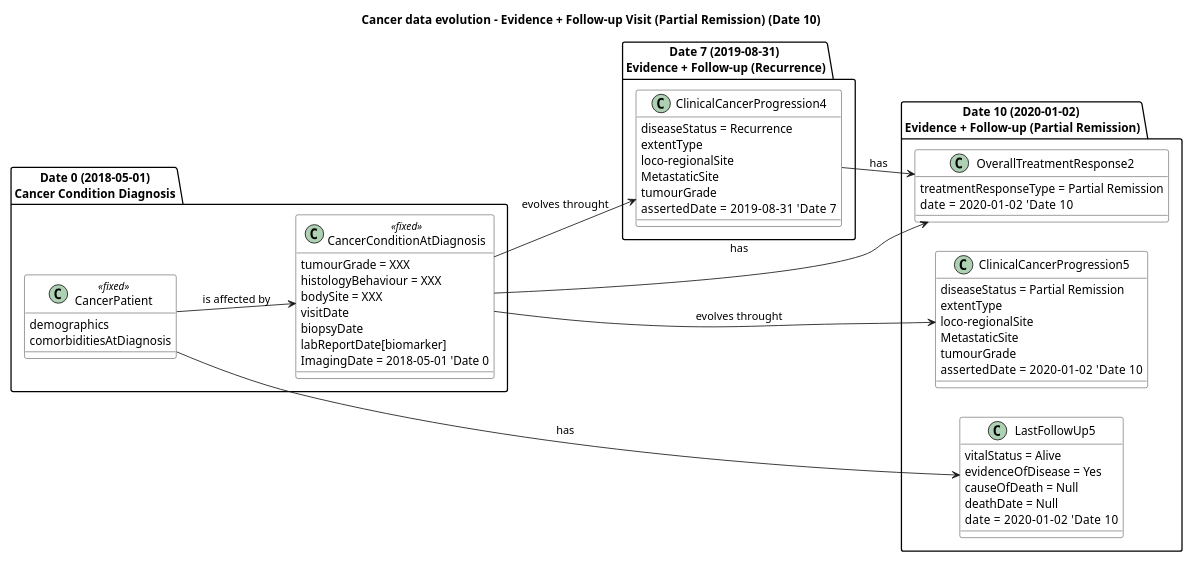
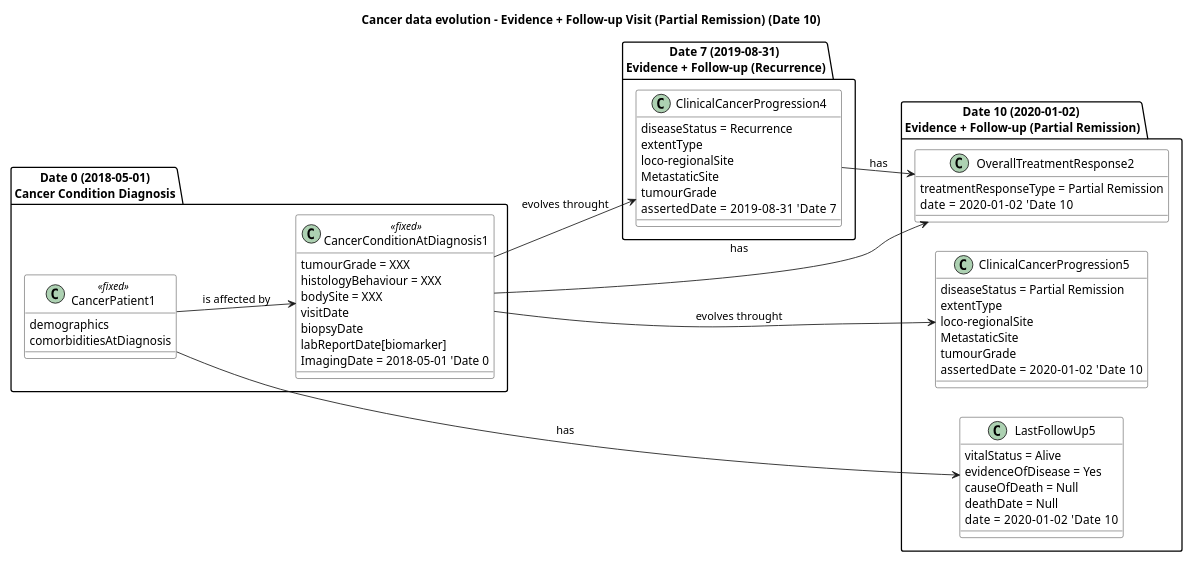
One commit to hl7-eu/cancer-common changed the diagram in input/images-source/CancerDataEvolution5.plantuml. Above: the diagram before and after it, drawn with PlantUML. The commit also changed 7 other files, not shown here.

```diff
--- a/input/images-source/CancerDataEvolution5.plantuml
+++ b/input/images-source/CancerDataEvolution5.plantuml
@@ -1,149 +1,149 @@
 @startuml
 title Cancer data evolution – Evidence + Follow-up Visit (Partial Remission) (Date 10)
 
 left to right direction
 skinparam class {
   BackgroundColor White
 }
 
 scale 0.8
 
 package "Date 0 (2018-05-01)\nCancer Condition Diagnosis" {
-  class CancerPatient <<fixed>> {
+  class CancerPatient1 <<fixed>> {
     demographics
     comorbiditiesAtDiagnosis
   }
   
-  class CancerConditionAtDiagnosis <<fixed>> {
+  class CancerConditionAtDiagnosis1 <<fixed>> {
    tumourGrade = XXX
     histologyBehaviour = XXX
     bodySite = XXX
     visitDate 
     biopsyDate 
     labReportDate[biomarker] 
     ImagingDate = 2018-05-01 'Date 0
   }
  
 }
 
 ' Links inside Date 0
-CancerPatient --> CancerConditionAtDiagnosis : is affected by
+CancerPatient1 --> CancerConditionAtDiagnosis1 : is affected by
 
 package "Date 7 (2019-08-31) \nEvidence + Follow-up (Recurrence)" {
      class ClinicalCancerProgression4 {
       diseaseStatus = Recurrence
       extentType 
       loco-regionalSite 
       MetastaticSite 
       tumourGrade
       assertedDate = 2019-08-31   'Date 7
     }
 
  }
 
   package "Date 10 (2020-01-02) \nEvidence + Follow-up (Partial Remission)" {
     
     class OverallTreatmentResponse2 {
       treatmentResponseType = Partial Remission
       date = 2020-01-02   'Date 10
     }
 
     class LastFollowUp5 {
      vitalStatus = Alive
      evidenceOfDisease = Yes
      causeOfDeath = Null
      deathDate = Null
      date = 2020-01-02   'Date 10
   }
 
     class ClinicalCancerProgression5 {
       diseaseStatus = Partial Remission
       extentType 
       loco-regionalSite 
       MetastaticSite 
       tumourGrade
       assertedDate = 2020-01-02   'Date 10
     }
 
  }
 
-CancerConditionAtDiagnosis --> ClinicalCancerProgression4 : evolves throught
-CancerConditionAtDiagnosis --> OverallTreatmentResponse2 : has
+CancerConditionAtDiagnosis1 --> ClinicalCancerProgression4 : evolves throught
+CancerConditionAtDiagnosis1 --> OverallTreatmentResponse2 : has
 ClinicalCancerProgression4 --> OverallTreatmentResponse2 : has
-CancerPatient --> LastFollowUp5 : has
-CancerConditionAtDiagnosis --> ClinicalCancerProgression5 : evolves throught
+CancerPatient1 --> LastFollowUp5 : has
+CancerConditionAtDiagnosis1 --> ClinicalCancerProgression5 : evolves throught
 
 
 /' ' =====================================================
 'Date 10 – 2020-01-02 (evidence + follow-up visit)
 ' =====================================================
 package "Date 10 (2020-01-02)\nEvidence + Follow-up Visit" {
 
   class TR2 as "Treatment Response 2" {
     treatment_response_type = Partial Remission
     based_on = latest evidence
     date = 2020-01-02
   }
 
   class CancerCondition_D10 as "Cancer Condition" {
     histology_behaviour (fixed)
     body_site (fixed)
     tumour_grade
     asserted_date = procedure date (fixed)
     base_of_diagnosis (fixed)
     imaging_type (fixed)
     biomarker_type (fixed)
     disease_status = Partial Remission
     last_check = Date 10
   }
 
   class DiseaseEvolution1 as "Disease Evolution (over time & space) 1" {
     extent_type = Recurrence
     disease_extent (sites)
     histology_behaviour
     tumour_grade
     base_of_diagnosis
     imaging_type
     biomarker_type
     genomics
     asserted_date = Date 7 (fixed)
   }
 
   class Patient_D10 as "Patient" <<fixed>> {
     demographics
     comorbidities
     life_status = Alive With Disease (AWD)
     last_check = Date 10
   }
 }
 
 
 package drugTreatment as "Drug Treatment" {
 
 ' ===========================================
 'Date 8 – 2019-09-10 (Drug treatment start)
 ' ===========================================
 package date8 as "Date 8 (2019-09-10)\nDrug Treatment Start" {
   class DrugAdministration_Start as "Drug Administration" {
     intent = definitive
     start_date = 2019-09-10
   }
 }
 
 ' ===========================================
 'Date 9 – 2019-12-16 (Drug treatment end)
 ' ===========================================
 package date9 as "Date 9 (2019-12-16)\nDrug Treatment End" {
   class DrugAdministration_End as "Drug Administration (end)" {
     intent = definitive
     end_date = 2019-12-16
   }
 }
 
 }
 
 TR2 --> drugTreatment : related to
 
 ' Relationships (as implied by the picture) '/
 
 @enduml
```
